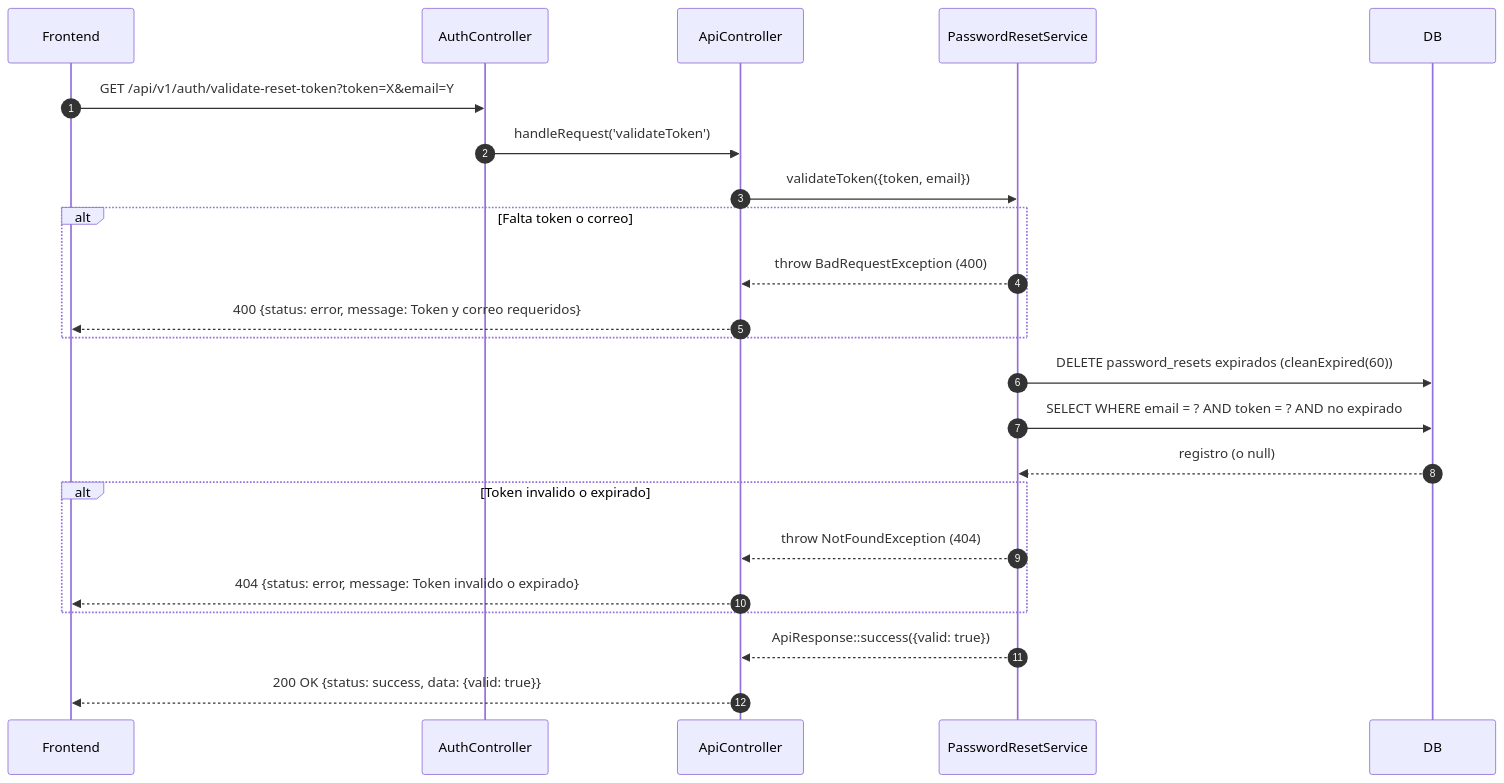
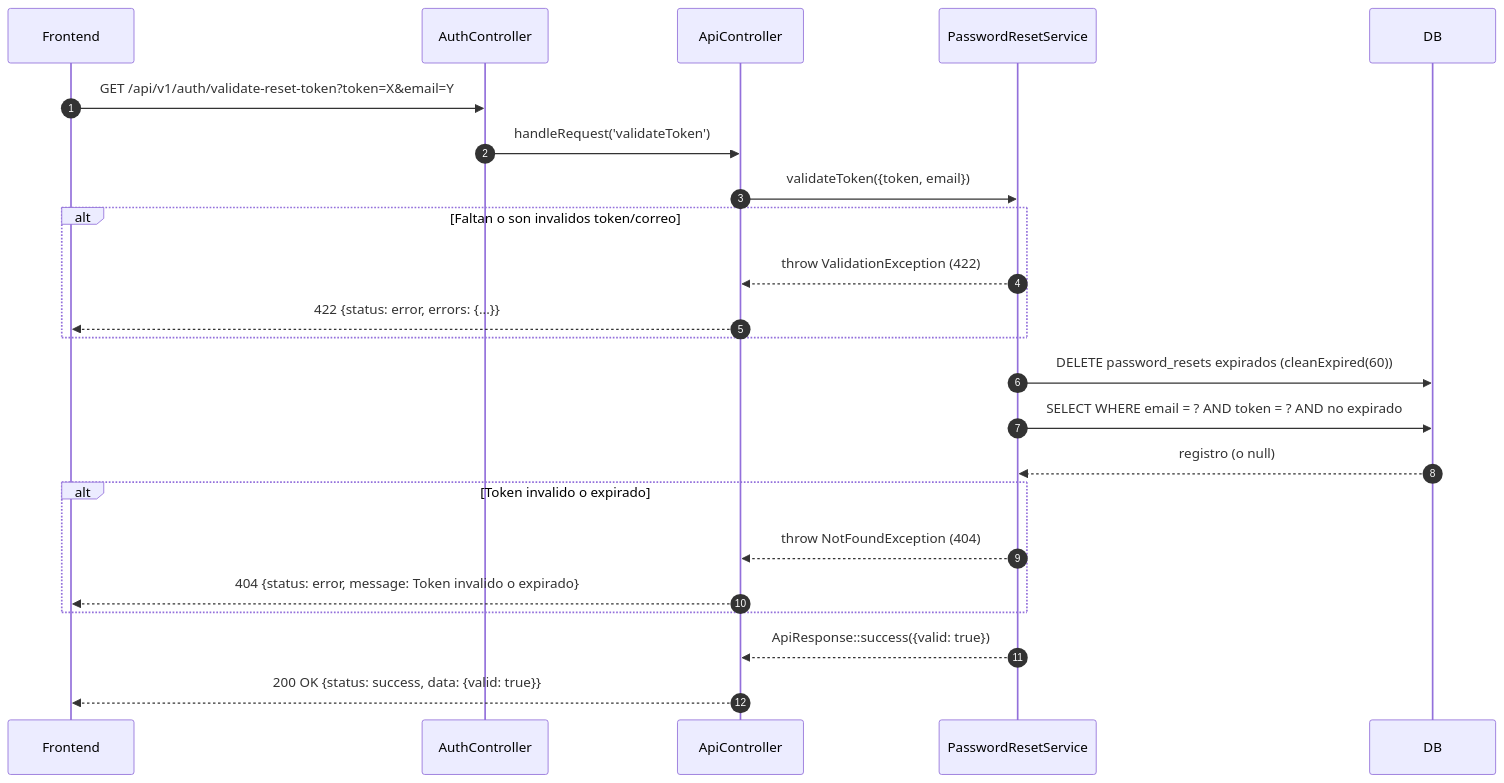
The second of 3 diagrams in docs/flows/PASSWORD-RESET-FLOW.es.md (dcardenasl/ci4-api-starter), drawn with Mermaid before and after one commit. The commit also changed other lines of this file and 7 other files, not shown here.

````diff
--- a/docs/flows/PASSWORD-RESET-FLOW.es.md
+++ b/docs/flows/PASSWORD-RESET-FLOW.es.md
@@ -93,30 +93,30 @@
 ```mermaid
 sequenceDiagram
     autonumber
     participant Frontend
     participant Controller as AuthController
     participant ApiCtrl as ApiController
     participant PwdSvc as PasswordResetService
     participant DB
 
     Frontend->>Controller: GET /api/v1/auth/validate-reset-token?token=X&email=Y
     Controller->>ApiCtrl: handleRequest('validateToken')
     ApiCtrl->>PwdSvc: validateToken({token, email})
 
-    alt Falta token o correo
-        PwdSvc-->>ApiCtrl: throw BadRequestException (400)
-        ApiCtrl-->>Frontend: 400 {status: error, message: Token y correo requeridos}
+    alt Faltan o son invalidos token/correo
+        PwdSvc-->>ApiCtrl: throw ValidationException (422)
+        ApiCtrl-->>Frontend: 422 {status: error, errors: {...}}
     end
 
     PwdSvc->>DB: DELETE password_resets expirados (cleanExpired(60))
     PwdSvc->>DB: SELECT WHERE email = ? AND token = ? AND no expirado
     DB-->>PwdSvc: registro (o null)
 
     alt Token invalido o expirado
         PwdSvc-->>ApiCtrl: throw NotFoundException (404)
         ApiCtrl-->>Frontend: 404 {status: error, message: Token invalido o expirado}
     end
 
     PwdSvc-->>ApiCtrl: ApiResponse::success({valid: true})
     ApiCtrl-->>Frontend: 200 OK {status: success, data: {valid: true}}
 ```
````
